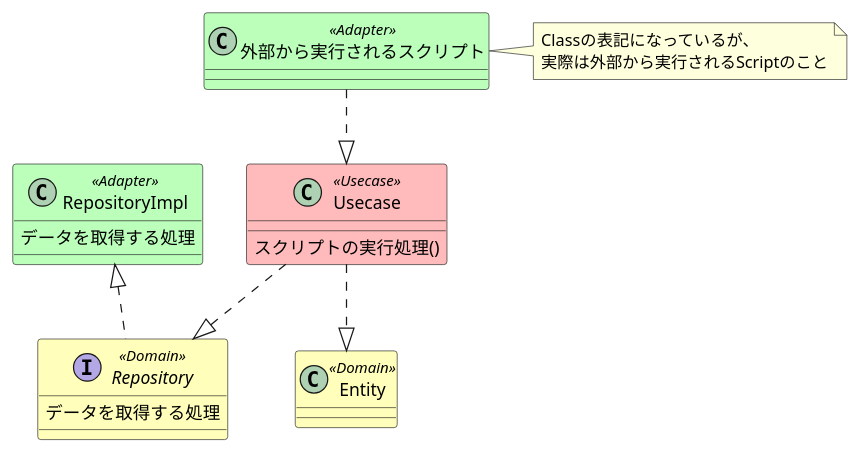
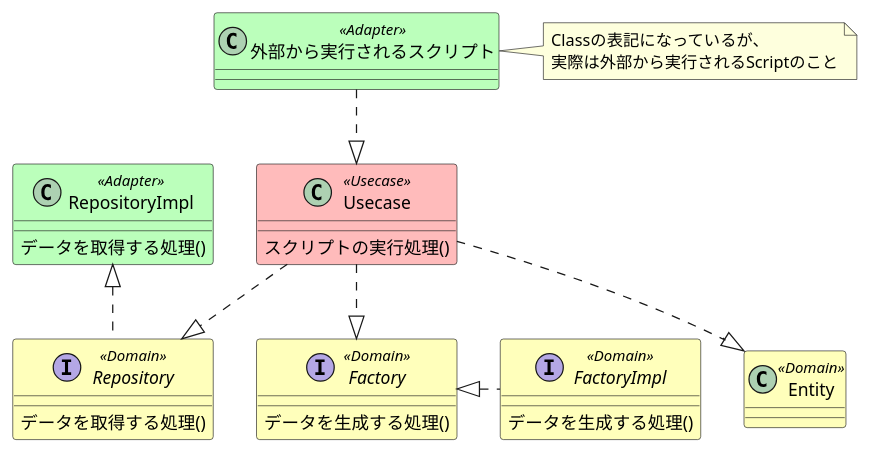
One commit to mk2taiga/dely-test changed the diagram in question1/document/arch.puml. Above: the diagram before and after it, drawn with PlantUML. The commit also changed 1 other file, not shown here.

```diff
--- a/question1/document/arch.puml
+++ b/question1/document/arch.puml
@@ -1,33 +1,43 @@
 @startuml
 
 skinparam class {
   BackgroundColor<<Adapter>> #bbffbb
   BackgroundColor<<Usecase>> #ffbbbb
   BackgroundColor<<Domain>> #ffffbb
 }
 
 class 外部から実行されるスクリプト <<Adapter>> {
 }
 note right : Classの表記になっているが、\n実際は外部から実行されるScriptのこと
 
 class RepositoryImpl <<Adapter>> {
-    データを取得する処理
+    データを取得する処理()
 }
 
 class Usecase <<Usecase>> {
   スクリプトの実行処理()
 }
 
 interface Repository <<Domain>> {
-    データを取得する処理
+    データを取得する処理()
 }
 
 class Entity <<Domain>> {
 }
 
+interface Factory <<Domain>> {
+    データを生成する処理()
+}
+
+interface FactoryImpl <<Domain>> {
+    データを生成する処理()
+}
+
 外部から実行されるスクリプト .down.|> Usecase
 Repository .up.|> RepositoryImpl
 Usecase .down.|> Repository
+Usecase .down.|> Factory
+FactoryImpl .left.|>Factory
 Usecase .down.|> Entity
 
 @enduml
```
